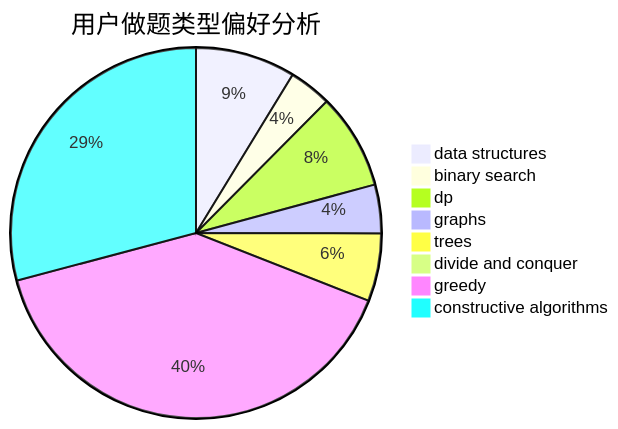
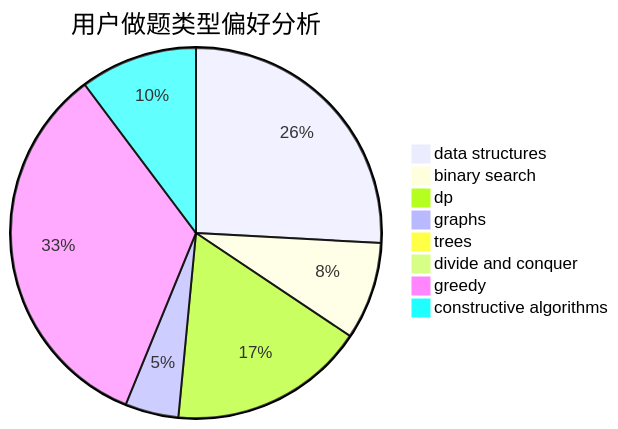
One commit to sherpahu/cfrs.github.io changed the second of 3 diagrams in docs/user/u1134.md. Above: the diagram before and after it, drawn with Mermaid. The commit also changed other lines of this file and 2770 other files, not shown here.

````diff
--- a/docs/user/u1134.md
+++ b/docs/user/u1134.md
@@ -23,11 +23,11 @@
 ```mermaid
 pie title 用户做题类型偏好分析
-    "data structures" :  115
-    "binary search" :  49
-    "dp" :  110
-    "graphs" :  56
-    "trees" :  78
-    "divide and conquer" :  8
-    "greedy" :  526
-    "constructive algorithms" :  384
+    "data structures" :  255
+    "binary search" :  84
+    "dp" :  169
+    "graphs" :  46
+    "trees" :  1
+    "divide and conquer" :  7
+    "greedy" :  331
+    "constructive algorithms" :  101
 ```
````
